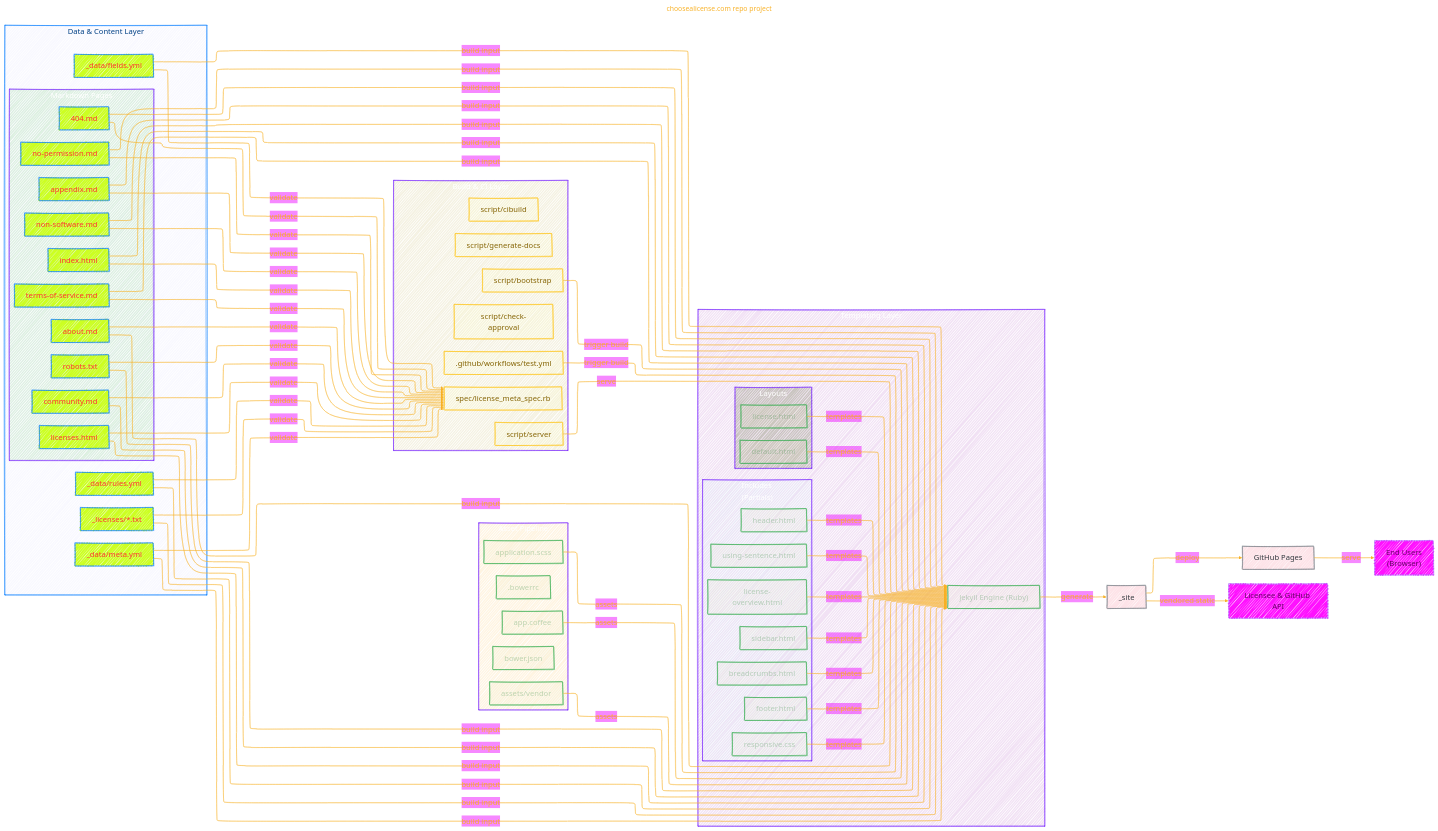
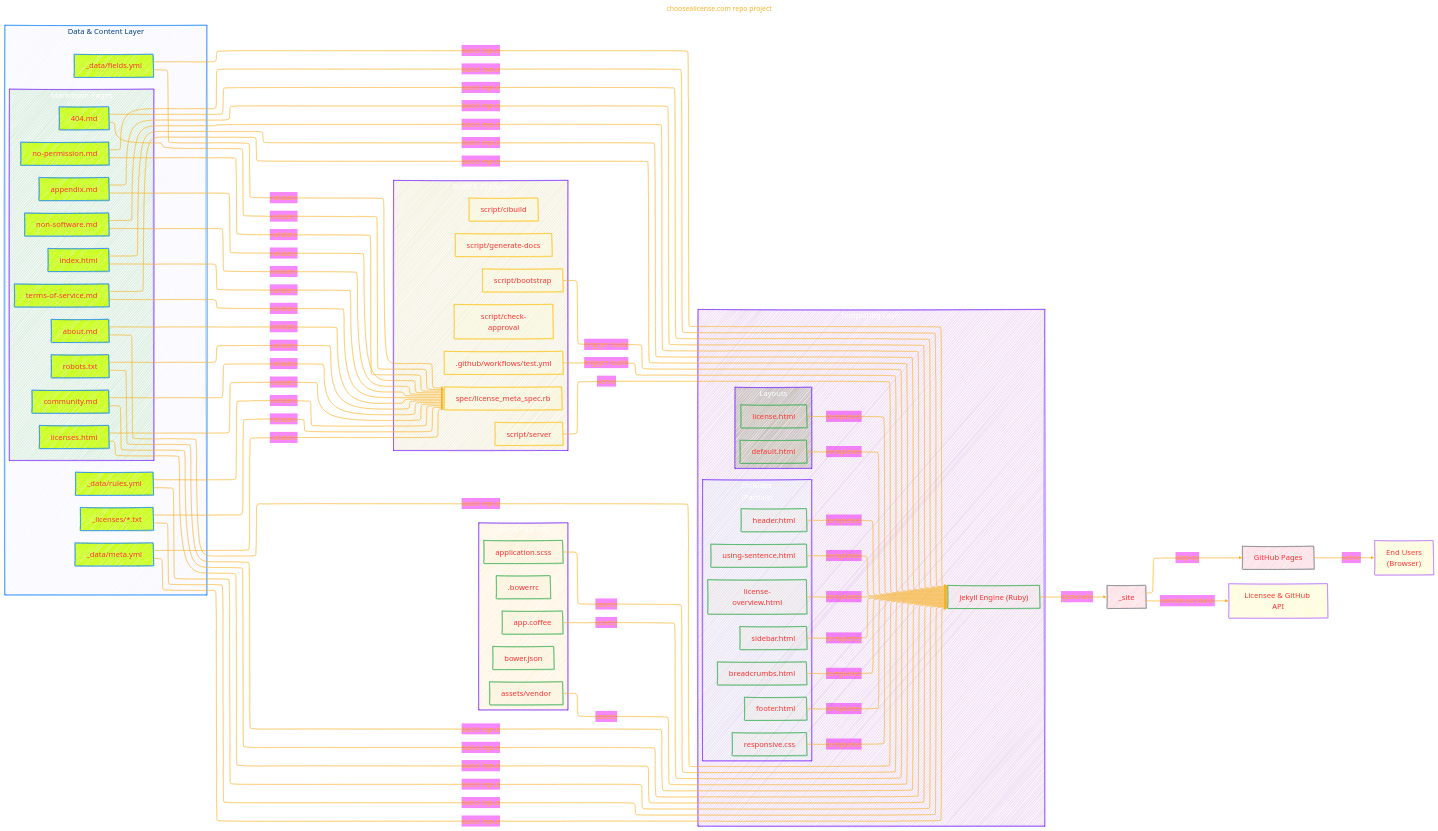
The first of 2 diagrams in GITHUB/choosealicense.com.md (CongLeSolutionX/ArchExplorer), drawn with Mermaid before and after one commit.

Commit message:
update notes

````diff
--- a/GITHUB/choosealicense.com.md
+++ b/GITHUB/choosealicense.com.md
@@ -202,8 +202,8 @@
 
     %% Styles
     classDef data fill:#cf2,stroke:#007bff,color:#F33F
-    classDef processing fill:#dda2,stroke:#28a745,color:#1724
-    classDef ci fill:#fFA2,stroke:#ffc107,color:#856404
-    classDef output fill:#e352,stroke:#6c757d,color:#343a40
-    classDef external fill:#f1ff,stroke:#b366ff,color:#660066
+    classDef processing fill:#dda2,stroke:#28a745,color:#F33F
+    classDef ci fill:#fFA2,stroke:#ffc107,color:#F33F
+    classDef output fill:#e352,stroke:#6c757d,color:#F33F
+    classDef external fill:#fE12,stroke:#b366ff,color:#F33F
 ```
````
